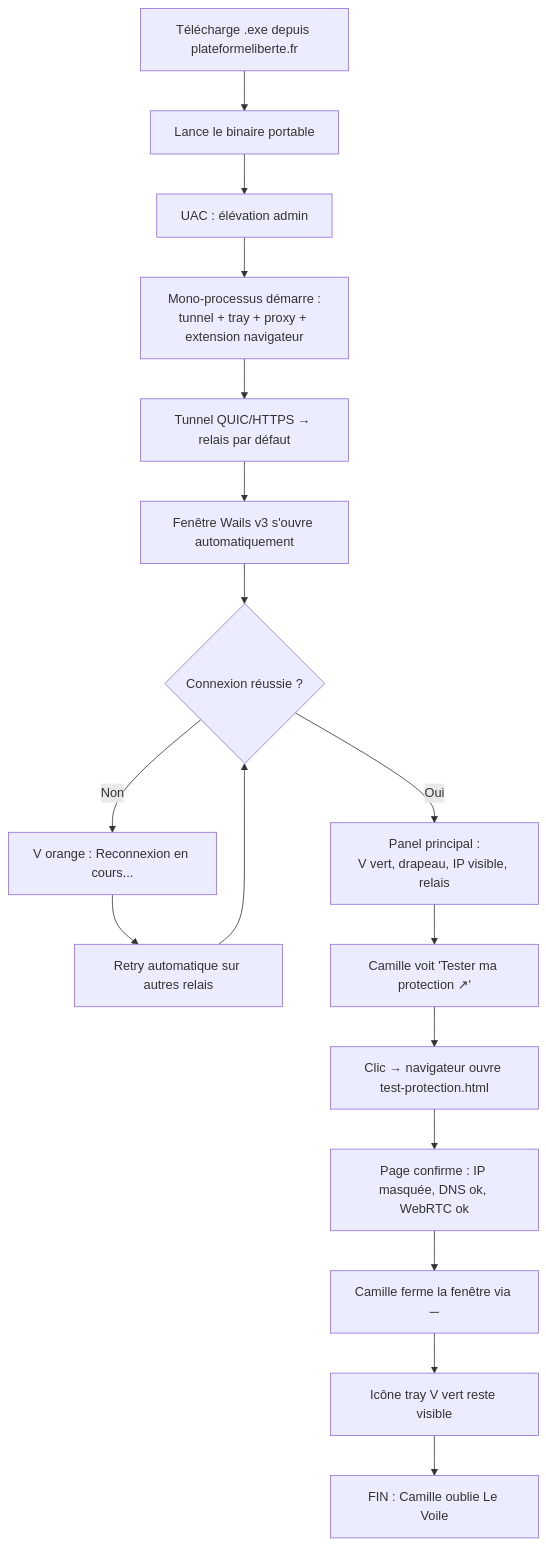
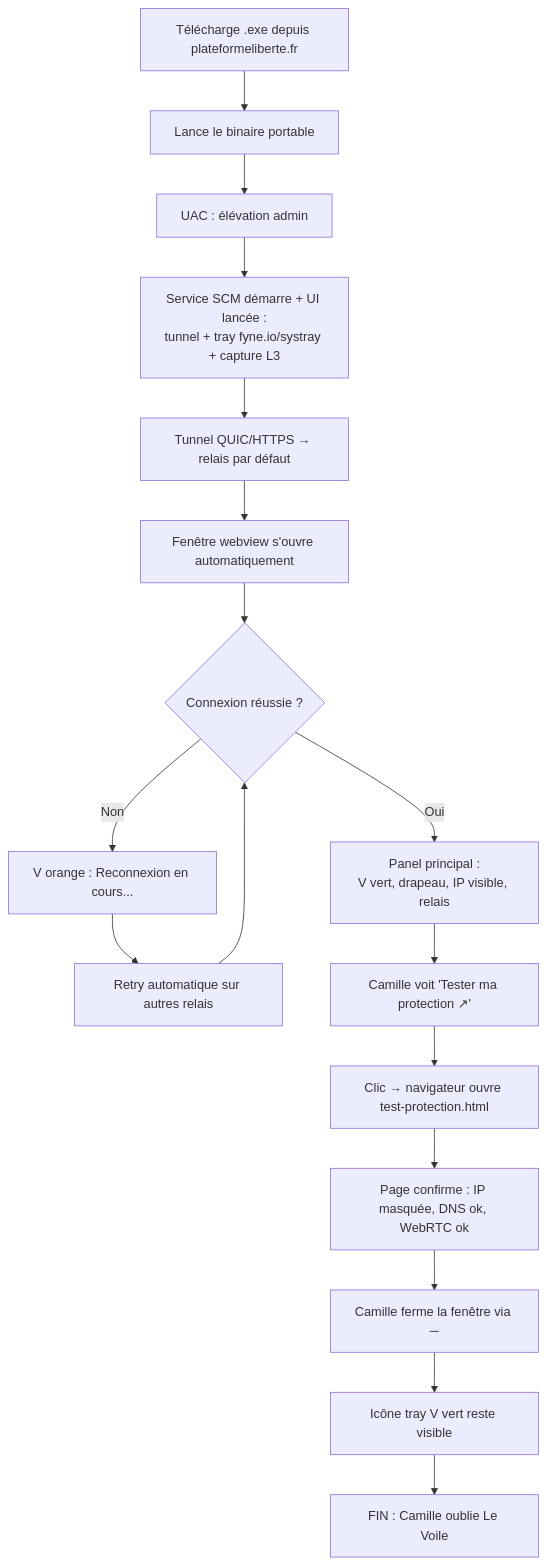
Before and after one commit to velia-the-veil/le_voile: the first of 11 diagrams in _bmad-output/planning-artifacts/ux-design-specification.md, drawn with Mermaid. The commit also changed other lines of this file and 96 other files, not shown here.

````diff
--- a/_bmad-output/planning-artifacts/ux-design-specification.md
+++ b/_bmad-output/planning-artifacts/ux-design-specification.md
@@ -525,19 +691,19 @@
 ```mermaid
 flowchart TD
     A[Télécharge .exe depuis plateformeliberte.fr] --> B[Lance le binaire portable]
     B --> C[UAC : élévation admin]
-    C --> D[Mono-processus démarre :<br>tunnel + tray + proxy + extension navigateur]
+    C --> D[Service SCM démarre + UI lancée :<br>tunnel + tray fyne.io/systray + capture L3]
     D --> F[Tunnel QUIC/HTTPS → relais par défaut]
-    F --> G[Fenêtre Wails v3 s'ouvre automatiquement]
+    F --> G[Fenêtre webview s'ouvre automatiquement]
     G --> H{Connexion réussie ?}
     H -->|Oui| I[Panel principal :<br>V vert, drapeau, IP visible, relais]
     H -->|Non| J[V orange : Reconnexion en cours...]
     J --> K[Retry automatique sur autres relais]
     K --> H
     I --> L[Camille voit 'Tester ma protection ↗']
     L --> M[Clic → navigateur ouvre test-protection.html]
     M --> N[Page confirme : IP masquée, DNS ok, WebRTC ok]
     N --> O[Camille ferme la fenêtre via ─]
     O --> P[Icône tray V vert reste visible]
     P --> Q[FIN : Camille oublie Le Voile]
 ```
````
